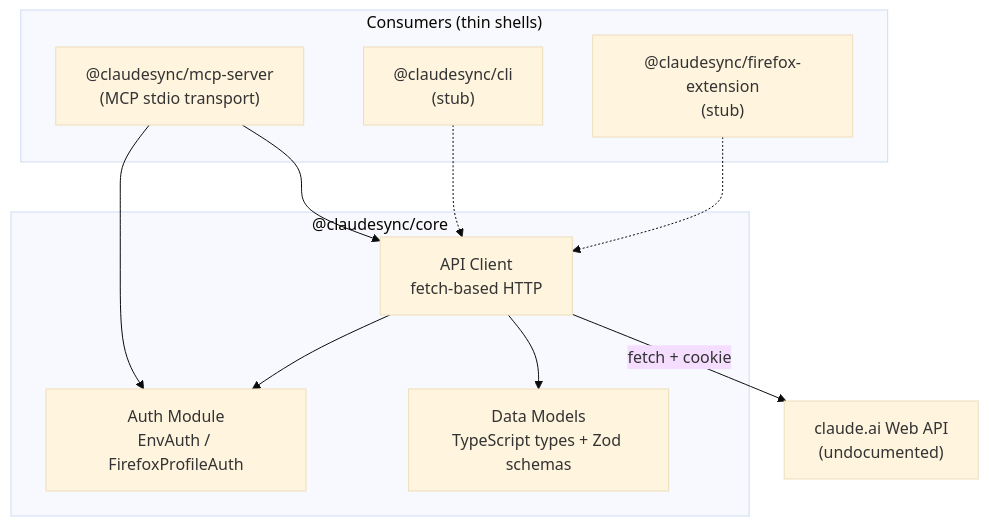
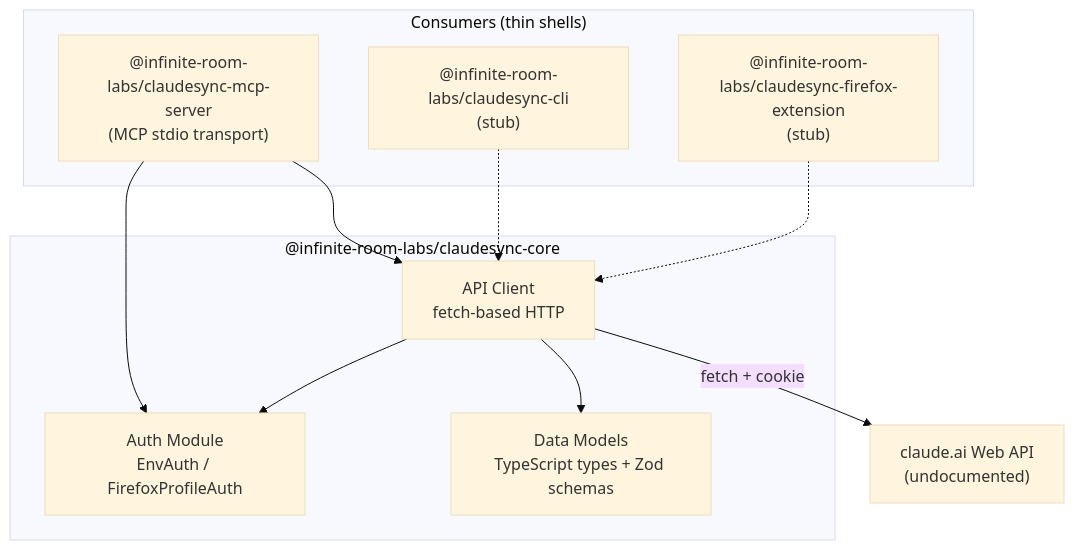
The diagram in docs/plans/2026-03-10-claudesync-monorepo-design.md (InfiniteRoomLabs/claudesync), drawn with Mermaid (base theme) before and after one commit. The commit also changed other lines of this file and 20 other files, not shown here.

First line of the commit message:
refactor: rename packages from @claudesync/* to @infinite-room-labs/*

````diff
--- a/docs/plans/2026-03-10-claudesync-monorepo-design.md
+++ b/docs/plans/2026-03-10-claudesync-monorepo-design.md
@@ -21,23 +21,23 @@
 ```mermaid
 graph TB
     subgraph "Consumers (thin shells)"
-        MCP["@claudesync/mcp-server<br/>(MCP stdio transport)"]
-        CLI["@claudesync/cli<br/>(stub)"]
-        EXT["@claudesync/firefox-extension<br/>(stub)"]
+        MCP["@infinite-room-labs/claudesync-mcp-server<br/>(MCP stdio transport)"]
+        CLI["@infinite-room-labs/claudesync-cli<br/>(stub)"]
+        EXT["@infinite-room-labs/claudesync-firefox-extension<br/>(stub)"]
     end
 
-    subgraph "@claudesync/core"
+    subgraph "@infinite-room-labs/claudesync-core"
         AUTH["Auth Module<br/>EnvAuth / FirefoxProfileAuth"]
         CLIENT["API Client<br/>fetch-based HTTP"]
         MODELS["Data Models<br/>TypeScript types + Zod schemas"]
     end
 
     MCP --> CLIENT
     MCP --> AUTH
     CLI -.-> CLIENT
     EXT -.-> CLIENT
     CLIENT --> AUTH
     CLIENT --> MODELS
 
     CLIENT -->|"fetch + cookie"| API["claude.ai Web API<br/>(undocumented)"]
 ```
````
